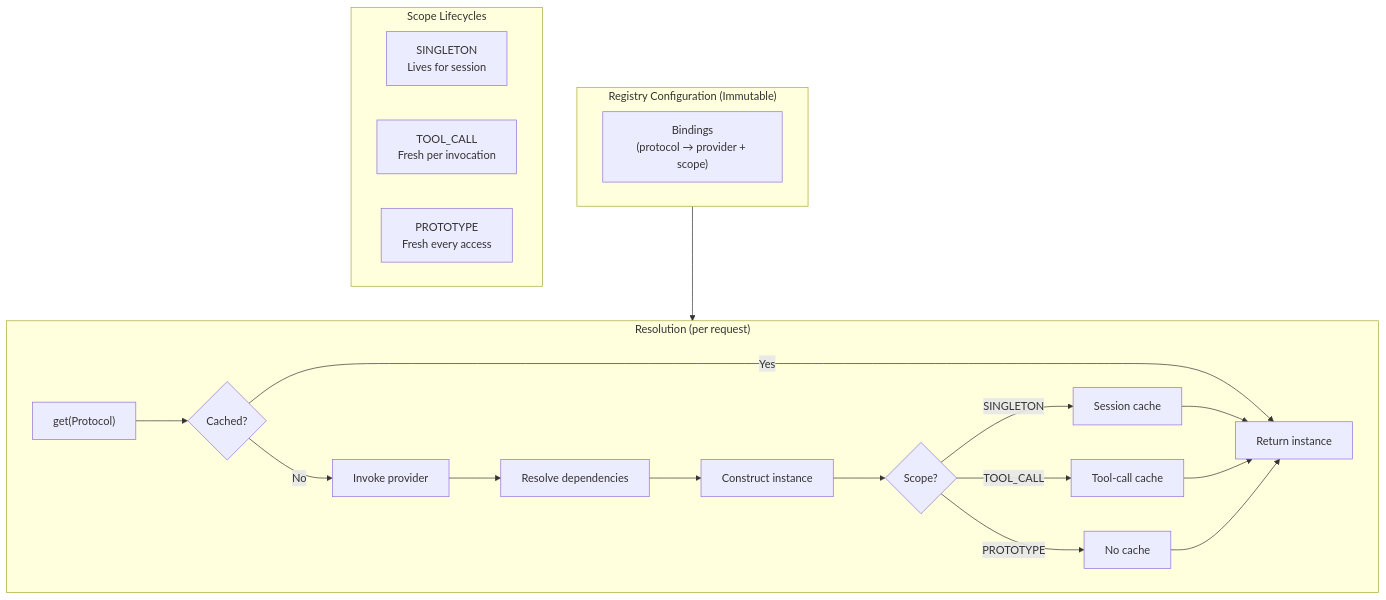
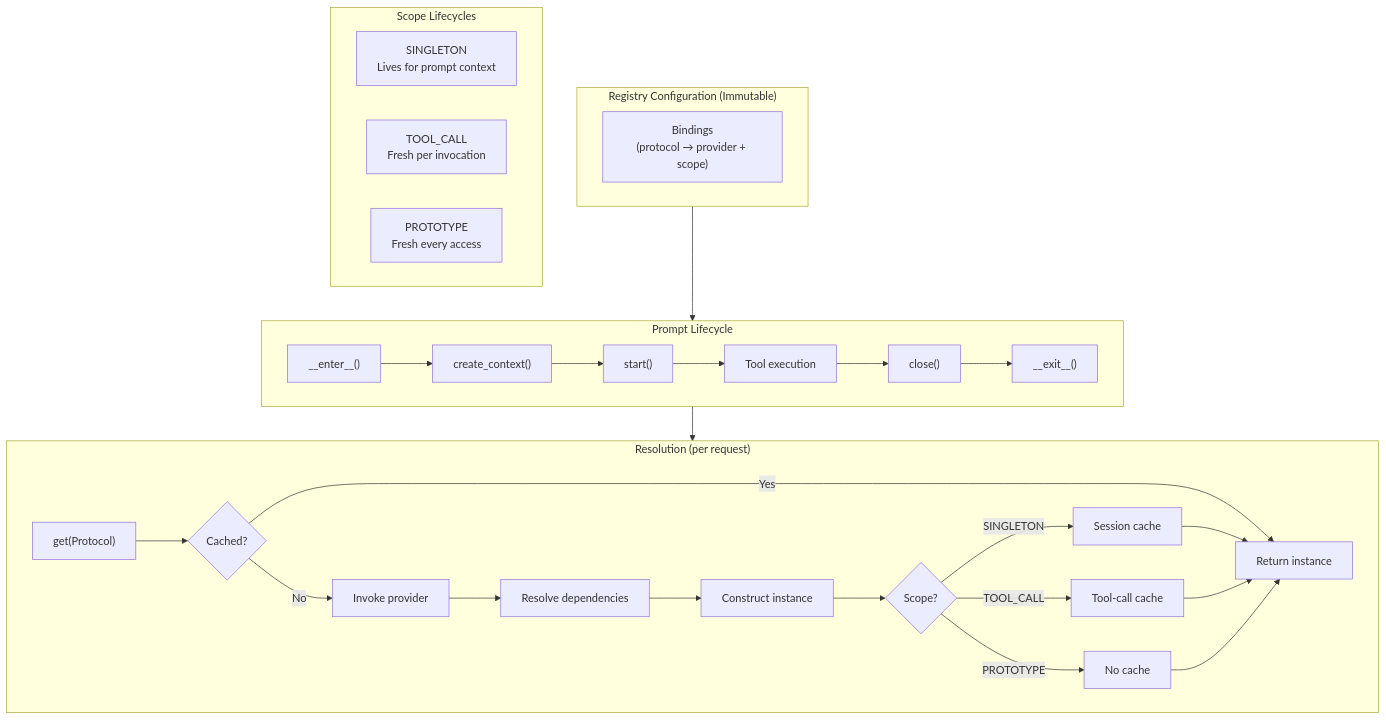
The diagram in specs/RESOURCE_REGISTRY.md (weakincentives/weakincentives), drawn with Mermaid before and after one commit. The commit also changed other lines of this file and 107 other files, not shown here.

First line of the commit message:
Implement prompt-bound resource lifecycle

````diff
--- a/specs/RESOURCE_REGISTRY.md
+++ b/specs/RESOURCE_REGISTRY.md
@@ -21,29 +23,40 @@
 ```mermaid
 flowchart TB
     subgraph Configuration["Registry Configuration (Immutable)"]
         Bindings["Bindings<br/>(protocol → provider + scope)"]
+    end
+
+    subgraph Prompt["Prompt Lifecycle"]
+        Enter["__enter__()"]
+        Create["create_context()"]
+        Start["start()"]
+        Use["Tool execution"]
+        Close["close()"]
+        Exit["__exit__()"]
     end
 
     subgraph Resolution["Resolution (per request)"]
         Get["get(Protocol)"] --> Check{"Cached?"}
         Check -->|Yes| Return["Return instance"]
         Check -->|No| Resolve["Invoke provider"]
         Resolve --> Deps["Resolve dependencies"]
         Deps --> Construct["Construct instance"]
         Construct --> Cache{"Scope?"}
         Cache -->|SINGLETON| SingletonCache["Session cache"]
         Cache -->|TOOL_CALL| ToolCache["Tool-call cache"]
         Cache -->|PROTOTYPE| NoCache["No cache"]
         SingletonCache --> Return
         ToolCache --> Return
         NoCache --> Return
     end
 
     subgraph Scopes["Scope Lifecycles"]
-        Singleton["SINGLETON<br/>Lives for session"]
+        Singleton["SINGLETON<br/>Lives for prompt context"]
         ToolCall["TOOL_CALL<br/>Fresh per invocation"]
         Prototype["PROTOTYPE<br/>Fresh every access"]
     end
 
-    Configuration --> Resolution
+    Configuration --> Prompt
+    Prompt --> Resolution
+    Enter --> Create --> Start --> Use --> Close --> Exit
 ```
````
